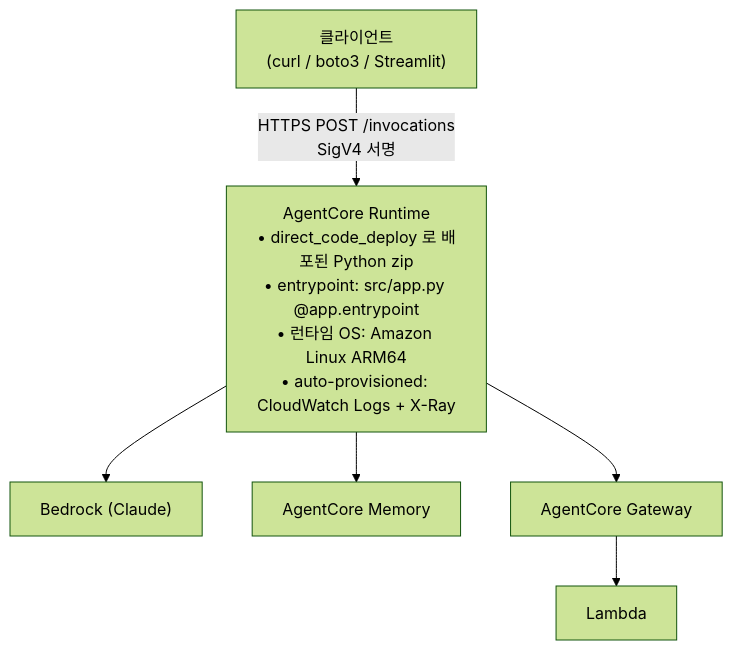
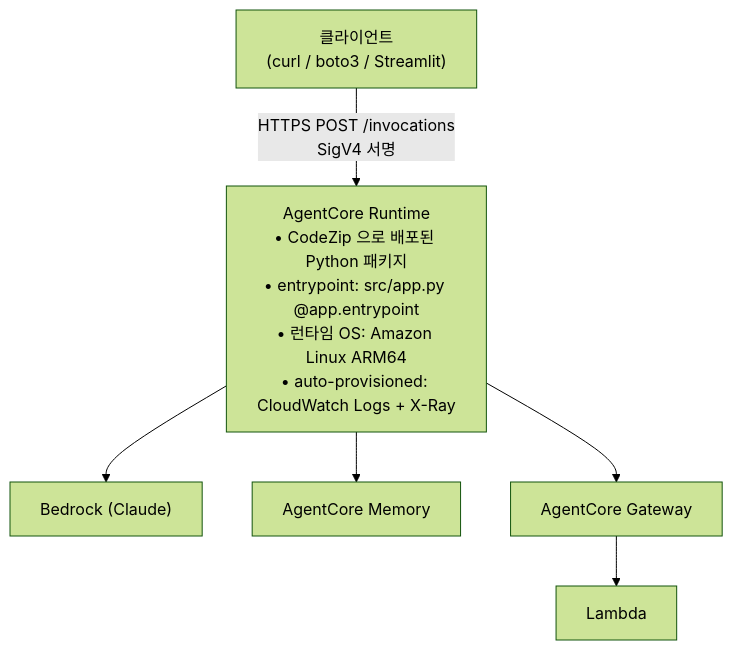
Before and after one commit to Hannah-ireum/thewhoo-agentcore-workshop: the diagram in docs/06-lab5-서비스로-배포하기.md, drawn with Mermaid (forest theme). The commit also changed other lines of this file and 9 other files, not shown here.

First line of the commit message:
Day 2 전면 최신화: AgentCore CLI(@aws/agentcore) 기준 재작성

````diff
--- a/docs/06-lab5-서비스로-배포하기.md
+++ b/docs/06-lab5-서비스로-배포하기.md
@@ -33,13 +31,13 @@
 ```mermaid
 flowchart TD
     C["클라이언트<br/>(curl / boto3 / Streamlit)"]
-    RT["AgentCore Runtime<br/>• direct_code_deploy 로 배포된 Python zip<br/>• entrypoint: src/app.py @app.entrypoint<br/>• 런타임 OS: Amazon Linux ARM64<br/>• auto-provisioned: CloudWatch Logs + X-Ray"]
+    RT["AgentCore Runtime<br/>• CodeZip 으로 배포된 Python 패키지<br/>• entrypoint: src/app.py @app.entrypoint<br/>• 런타임 OS: Amazon Linux ARM64<br/>• auto-provisioned: CloudWatch Logs + X-Ray"]
     BR["Bedrock (Claude)"]
     MEM["AgentCore Memory"]
     GW["AgentCore Gateway"]
     L["Lambda"]
     C -->|"HTTPS POST /invocations<br/>SigV4 서명"| RT
     RT --> BR
     RT --> MEM
     RT --> GW --> L
 ```
````
